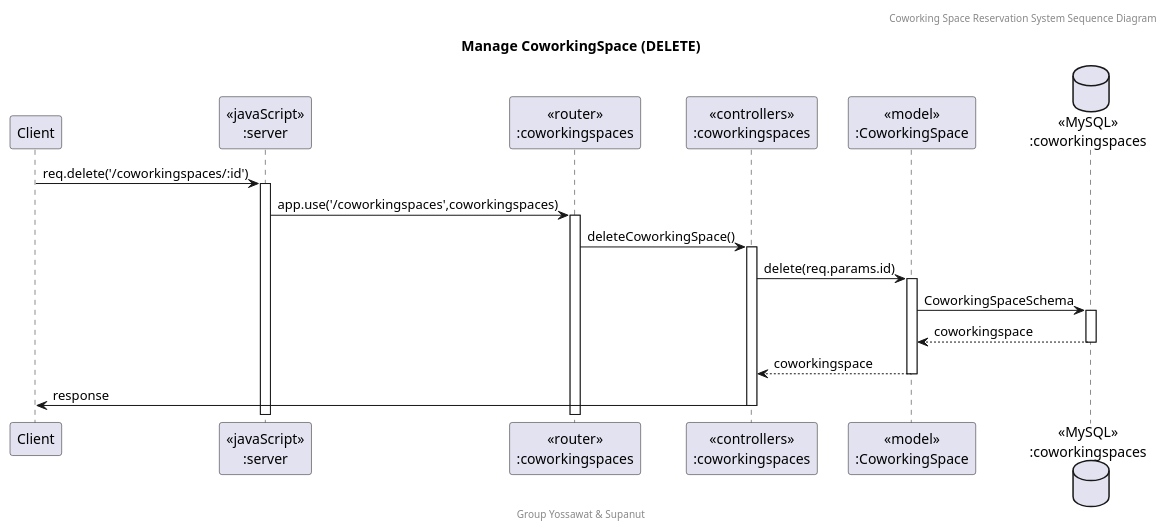
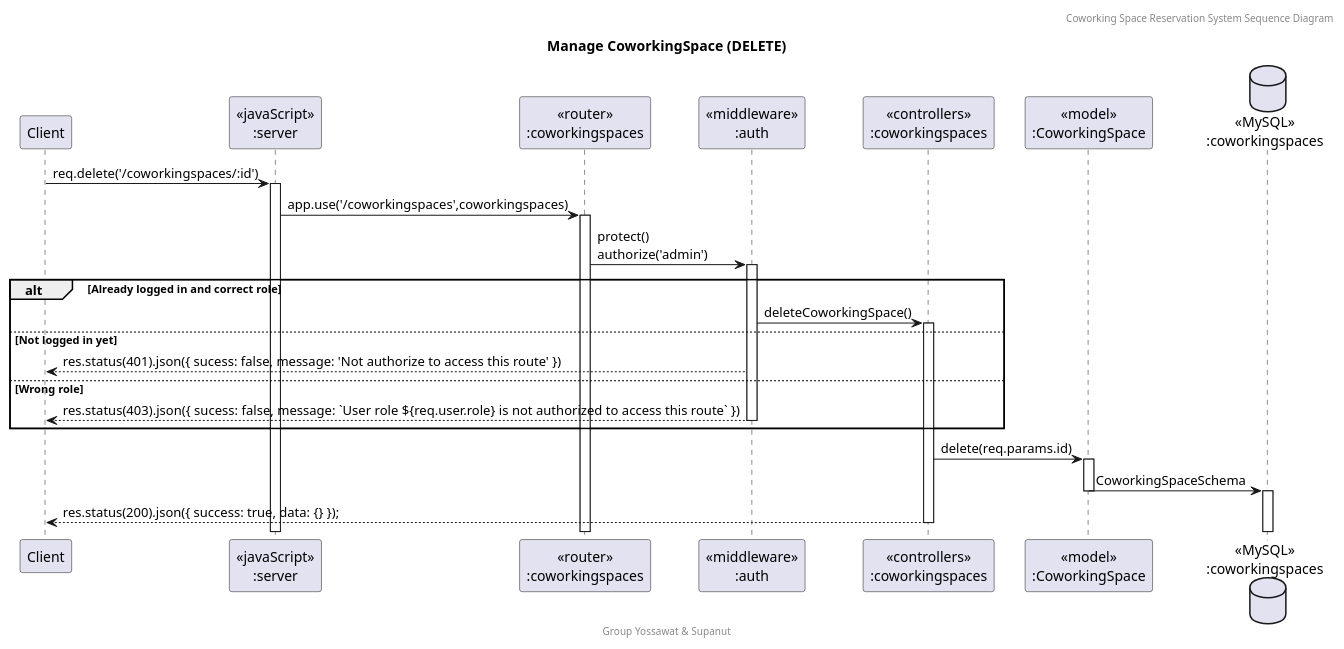
Before and after one commit to SupanutT/sw-dev-prac-project: the diagram in doc/Sequence Diagram/puml/Co_Delete.puml, drawn with PlantUML. The commit also changed 2 other files, not shown here.

Commit message:
feat: sequence diagram (coworkingspace)

```diff
--- a/doc/Sequence Diagram/puml/Co_Delete.puml
+++ b/doc/Sequence Diagram/puml/Co_Delete.puml
@@ -1,23 +1,29 @@
 @startuml Manage CoworkingSpace (DELETE)
 
 header Coworking Space Reservation System Sequence Diagram
 footer Group Yossawat & Supanut
 title "Manage CoworkingSpace (DELETE)"
 
 participant "Client" as client
 participant "<<javaScript>>\n:server" as server
 participant "<<router>>\n:coworkingspaces" as routerCoworkingSpaces
+participant "<<middleware>>\n:auth" as middleware
 participant "<<controllers>>\n:coworkingspaces" as controllersCoworkingSpaces
 participant "<<model>>\n:CoworkingSpace" as modelCoworkingSpace
 database "<<MySQL>>\n:coworkingspaces" as CoworkingSpacesDatabase
 
 client->server ++:req.delete('/coworkingspaces/:id')
 server->routerCoworkingSpaces ++:app.use('/coworkingspaces',coworkingspaces)
-routerCoworkingSpaces -> controllersCoworkingSpaces ++:deleteCoworkingSpace()
+routerCoworkingSpaces -> middleware ++:protect()\nauthorize('admin')
+alt Already logged in and correct role
+    middleware -> controllersCoworkingSpaces ++: deleteCoworkingSpace()
+else Not logged in yet
+    middleware --> client : res.status(401).json({ sucess: false, message: 'Not authorize to access this route' })
+else Wrong role
+    middleware --> client --: res.status(403).json({ sucess: false, message: `User role ${req.user.role} is not authorized to access this route` })
+end
 controllersCoworkingSpaces-> modelCoworkingSpace ++:delete(req.params.id)
-modelCoworkingSpace -> CoworkingSpacesDatabase ++: CoworkingSpaceSchema
-CoworkingSpacesDatabase --> modelCoworkingSpace --: coworkingspace
-controllersCoworkingSpaces <-- modelCoworkingSpace --:coworkingspace
-controllersCoworkingSpaces->client --:response
+modelCoworkingSpace -> CoworkingSpacesDatabase --++: CoworkingSpaceSchema
+controllersCoworkingSpaces-->client --: res.status(200).json({ success: true, data: {} });
 
 @enduml
```
